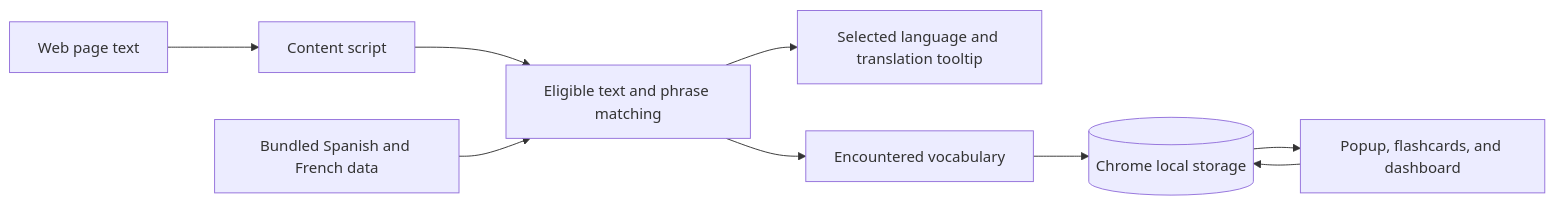
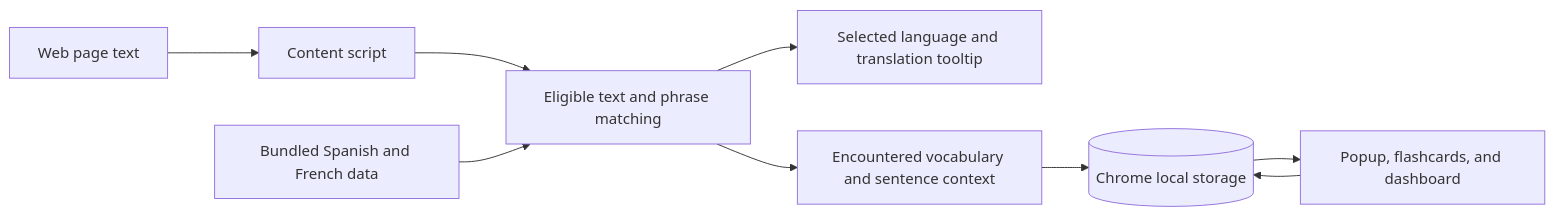
Before and after one commit to ayomel/LinguaPop: the diagram in README.md, drawn with Mermaid. The commit also changed other lines of this file, not shown here.

````diff
--- a/README.md
+++ b/README.md
@@ -28,11 +45,11 @@
 ```mermaid
 flowchart LR
     Page[Web page text] --> Content[Content script]
     Content --> Match[Eligible text and phrase matching]
     Data[Bundled Spanish and French data] --> Match
     Match --> PageResult[Selected language and translation tooltip]
-    Match --> Encounters[Encountered vocabulary]
+    Match --> Encounters[Encountered vocabulary and sentence context]
     Encounters --> Local[(Chrome local storage)]
     Local --> Review[Popup, flashcards, and dashboard]
     Review --> Local
 ```
````
